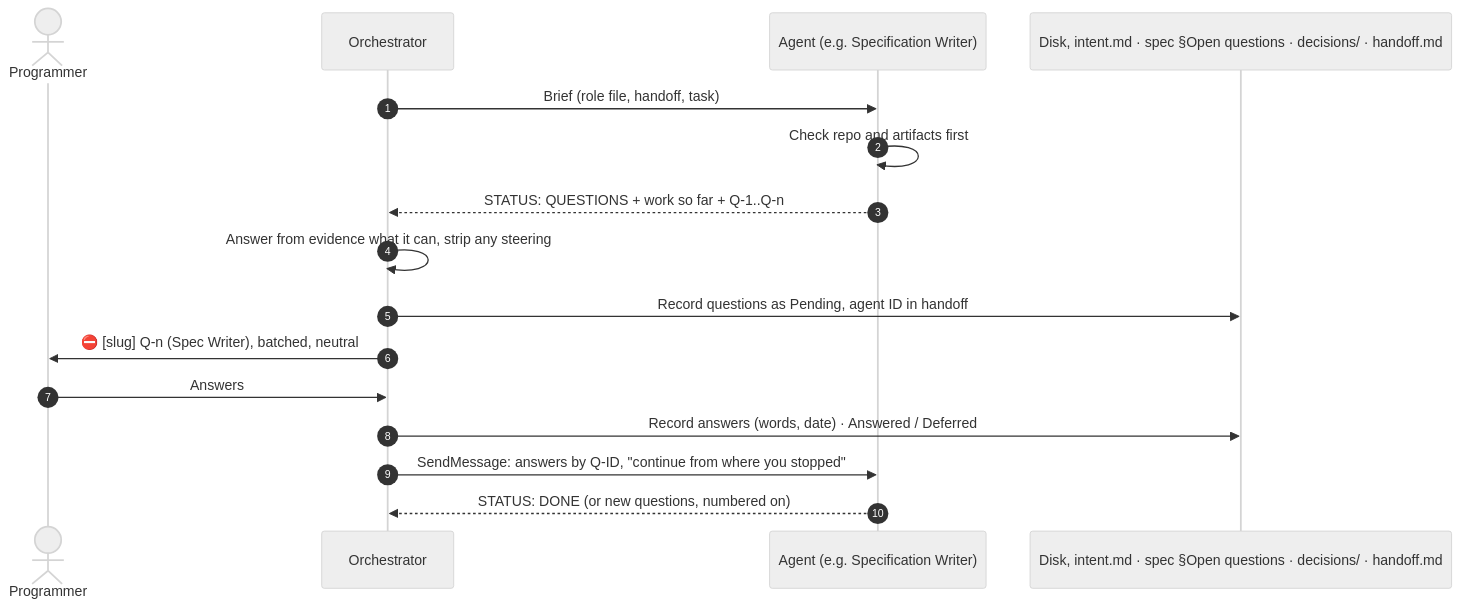
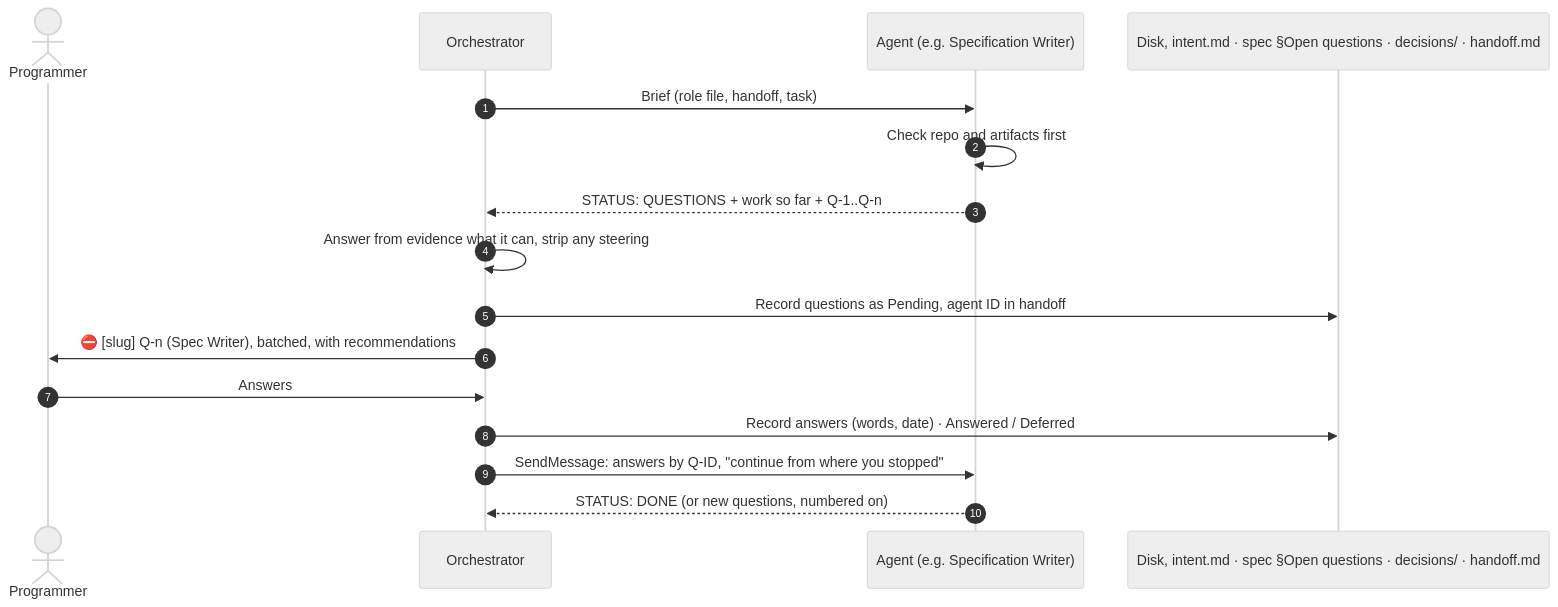
The seventh of 12 diagrams in docs/architecture.md (mariopedemonte12/claude-feature-workflow), drawn with Mermaid (neutral theme) before and after one commit. The commit also changed other lines of this file and 33 other files, not shown here.

First line of the commit message:
Replace neutral decisions with open recommendations; add writing guide, gate message format and code history

````diff
--- a/docs/architecture.md
+++ b/docs/architecture.md
@@ -239,19 +239,19 @@
 ```mermaid
 sequenceDiagram
     autonumber
     actor P as Programmer
     participant O as Orchestrator
     participant A as Agent (e.g. Specification Writer)
     participant D as Disk, intent.md · spec §Open questions · decisions/ · handoff.md
 
     O->>A: Brief (role file, handoff, task)
     A->>A: Check repo and artifacts first
     A-->>O: STATUS: QUESTIONS + work so far + Q-1..Q-n
     O->>O: Answer from evidence what it can, strip any steering
     O->>D: Record questions as Pending, agent ID in handoff
-    O->>P: ⛔ [slug] Q-n (Spec Writer), batched, neutral
+    O->>P: ⛔ [slug] Q-n (Spec Writer), batched, with recommendations
     P->>O: Answers
     O->>D: Record answers (words, date) · Answered / Deferred
     O->>A: SendMessage: answers by Q-ID, "continue from where you stopped"
     A-->>O: STATUS: DONE (or new questions, numbered on)
 ```
````
